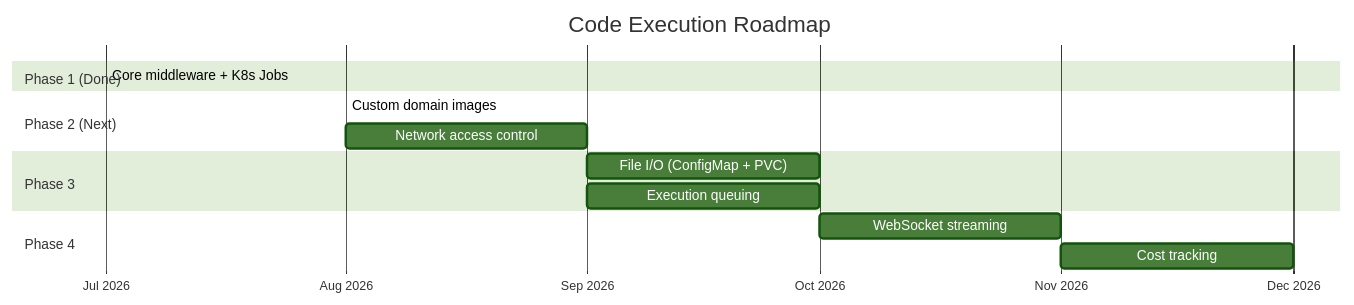
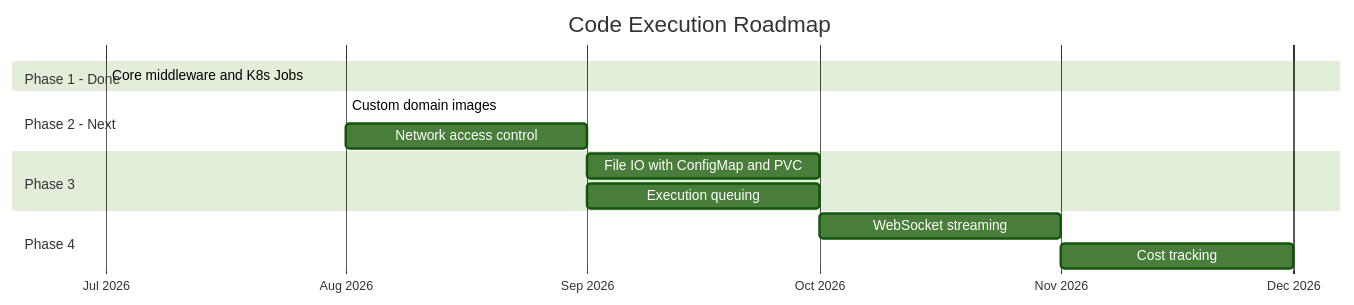
One commit to redhat-data-and-ai/template-agent changed diagram 23 of 25 in docs/superpowers/specs/2026-07-13-code-execution-middleware-design.md. Above: the diagram before and after it, drawn with Mermaid (forest theme). The commit also changed other lines of this file, not shown here.

Commit message:
fix(docs): fix Mermaid syntax errors in security, state diagram, and gantt chart

````diff
--- a/docs/superpowers/specs/2026-07-13-code-execution-middleware-design.md
+++ b/docs/superpowers/specs/2026-07-13-code-execution-middleware-design.md
@@ -1653,21 +1664,21 @@
 ```mermaid
 gantt
     title Code Execution Roadmap
-    dateFormat  YYYY-MM
-    axisFormat  %b %Y
+    dateFormat YYYY-MM
+    axisFormat %b %Y
 
-    section Phase 1 (Done)
-    Core middleware + K8s Jobs          :done, p1, 2026-07, 2026-07
+    section Phase 1 - Done
+    Core middleware and K8s Jobs        :done, p1, 2026-07, 2026-07
 
-    section Phase 2 (Next)
+    section Phase 2 - Next
     Custom domain images                :active, p2a, 2026-08, 2026-08
     Network access control              :p2b, 2026-08, 2026-09
 
     section Phase 3
-    File I/O (ConfigMap + PVC)          :p3a, 2026-09, 2026-10
+    File IO with ConfigMap and PVC      :p3a, 2026-09, 2026-10
     Execution queuing                   :p3b, 2026-09, 2026-10
 
     section Phase 4
     WebSocket streaming                 :p4a, 2026-10, 2026-11
     Cost tracking                       :p4b, 2026-11, 2026-12
 ```
````
